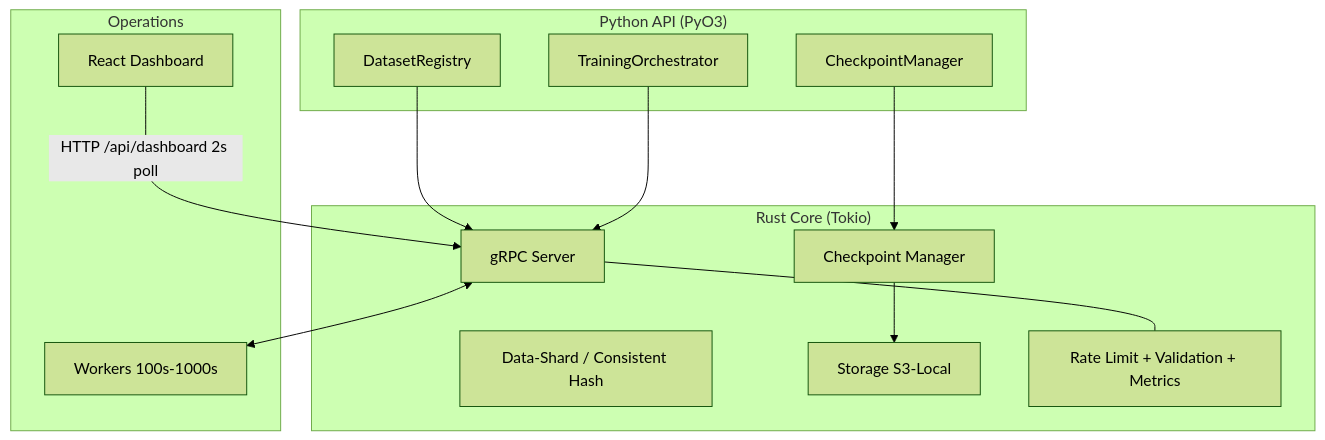
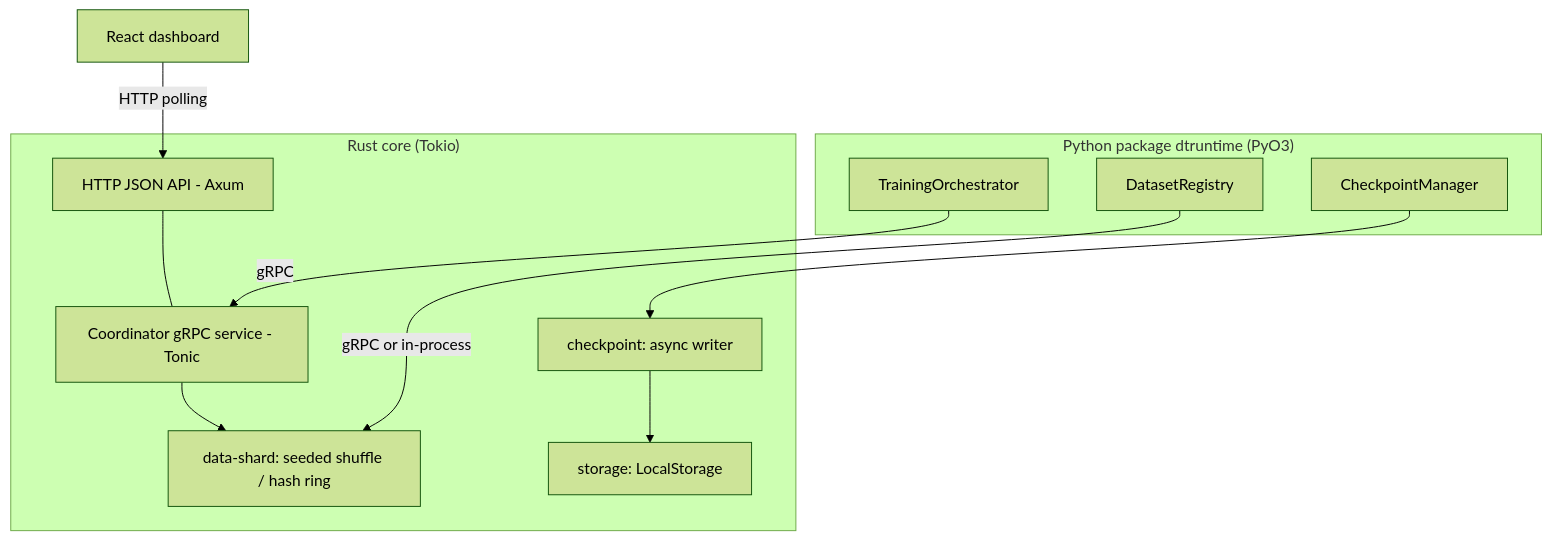
Before and after one commit to syrilj/Strata: the diagram in README.md, drawn with Mermaid (forest theme). The commit also changed other lines of this file, not shown here.

````diff
--- a/README.md
+++ b/README.md
@@ -111,26 +21,22 @@
 ```mermaid
 flowchart TB
-    subgraph PY["Python API (PyO3)"]
+    subgraph PY["Python package dtruntime (PyO3)"]
+        TO[TrainingOrchestrator]
         DR[DatasetRegistry]
         CM[CheckpointManager]
-        TO[TrainingOrchestrator]
     end
-    subgraph RS["Rust Core (Tokio)"]
-        GRPC[gRPC Server]
-        CKPT[Checkpoint Manager]
-        SHARD[Data-Shard / Consistent Hash]
-        STORE[Storage S3-Local]
-        MW[Rate Limit + Validation + Metrics]
+    subgraph RS["Rust core (Tokio)"]
+        GRPC[Coordinator gRPC service - Tonic]
+        HTTP[HTTP JSON API - Axum]
+        SHARD[data-shard: seeded shuffle / hash ring]
+        CKPT[checkpoint: async writer]
+        STORE[storage: LocalStorage]
     end
-    subgraph OPS["Operations"]
-        W[Workers 100s-1000s]
-        DASH[React Dashboard]
-    end
-    DR --> GRPC
-    CM --> CKPT
-    TO --> GRPC
-    CKPT --> STORE
-    GRPC --- MW
-    GRPC <--> W
-    DASH -->|HTTP /api/dashboard 2s poll| GRPC
+    DASH[React dashboard]
+    TO -->|gRPC| GRPC
+    DR -->|gRPC or in-process| SHARD
+    CM --> CKPT --> STORE
+    GRPC --> SHARD
+    HTTP --- GRPC
+    DASH -->|HTTP polling| HTTP
 ```
````
